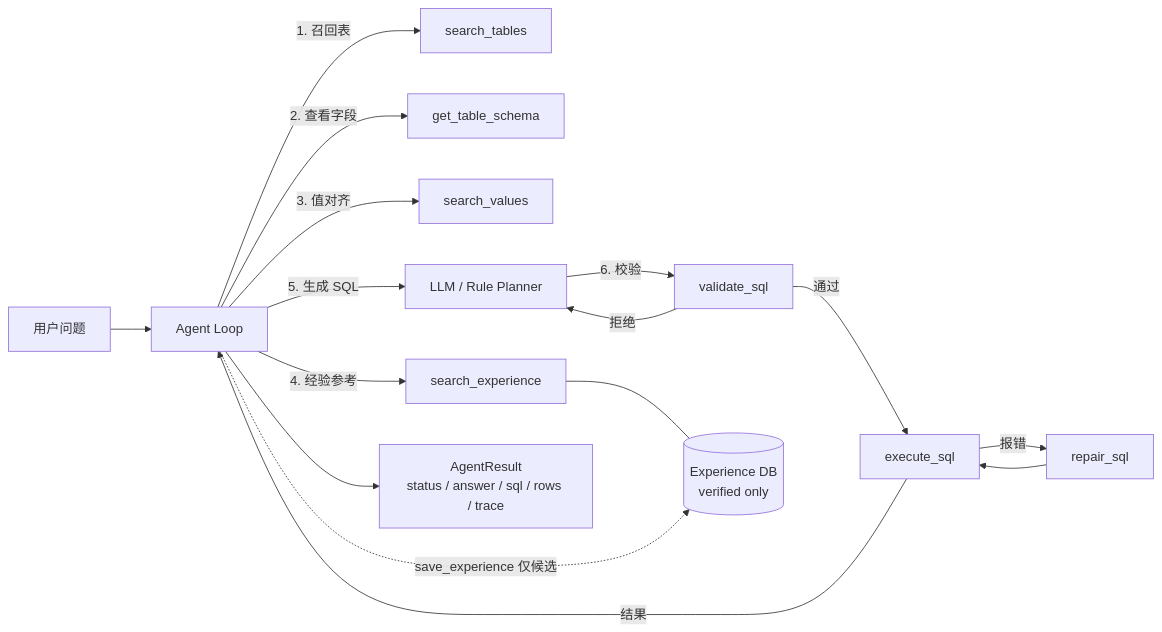
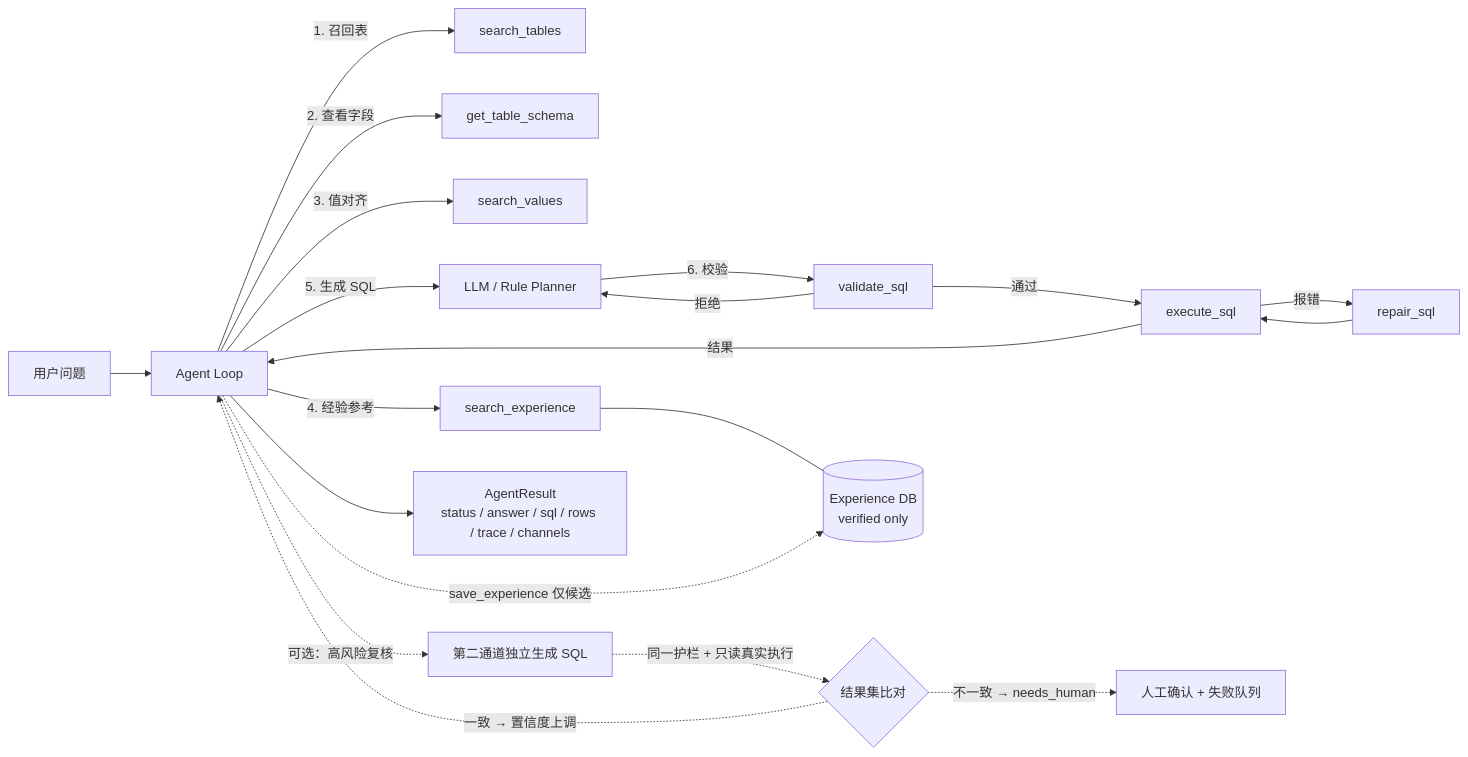
One commit to yyl0405/NL2SQL changed the diagram in README.md. Above: the diagram before and after it, drawn with Mermaid. The commit also changed other lines of this file and 132 other files, not shown here.

````diff
--- a/README.md
+++ b/README.md
@@ -42,18 +51,22 @@
 ```mermaid
 flowchart LR
     U[用户问题] --> A[Agent Loop]
     A -->|1. 召回表| T1[search_tables]
     A -->|2. 查看字段| T2[get_table_schema]
     A -->|3. 值对齐| T3[search_values]
     A -->|4. 经验参考| T4[search_experience]
     A -->|5. 生成 SQL| L[LLM / Rule Planner]
     L -->|6. 校验| T5[validate_sql]
     T5 -->|通过| T6[execute_sql]
     T5 -->|拒绝| L
     T6 -->|报错| T7[repair_sql]
     T7 --> T6
     T6 -->|结果| A
-    A --> R[AgentResult<br/>status / answer / sql / rows / trace]
+    A -.->|可选：高风险复核| S[第二通道独立生成 SQL]
+    S -.->|同一护栏 + 只读真实执行| C{结果集比对}
+    C -.->|一致 → 置信度上调| A
+    C -.->|不一致 → needs_human| H[人工确认 + 失败队列]
+    A --> R[AgentResult<br/>status / answer / sql / rows / trace / channels]
     T4 --- M[(Experience DB<br/>verified only)]
     A -.->|save_experience 仅候选| M
 ```
````
